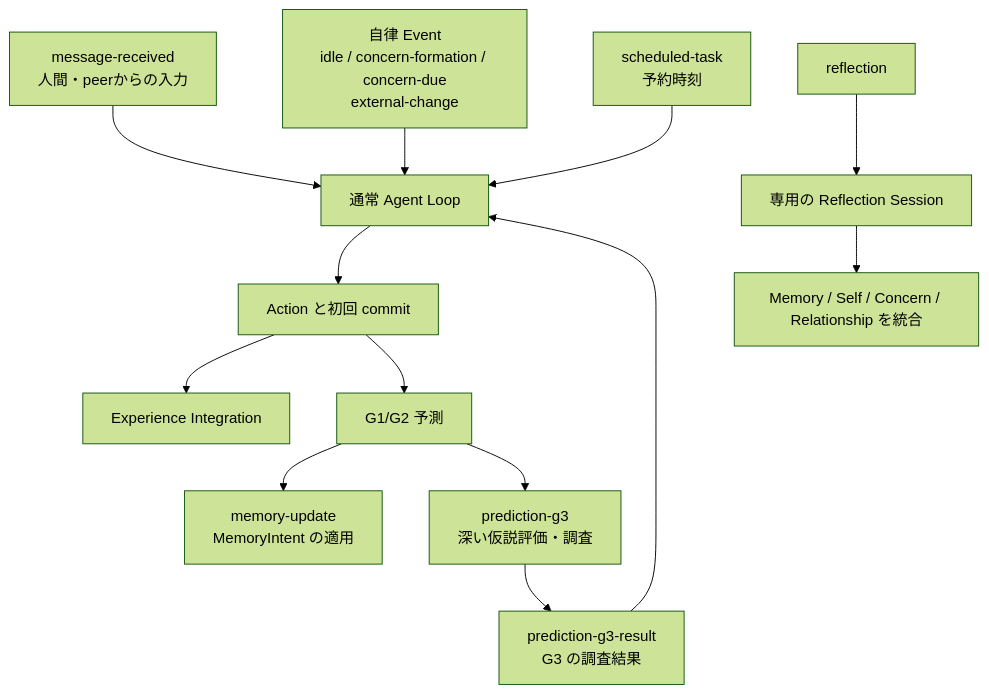
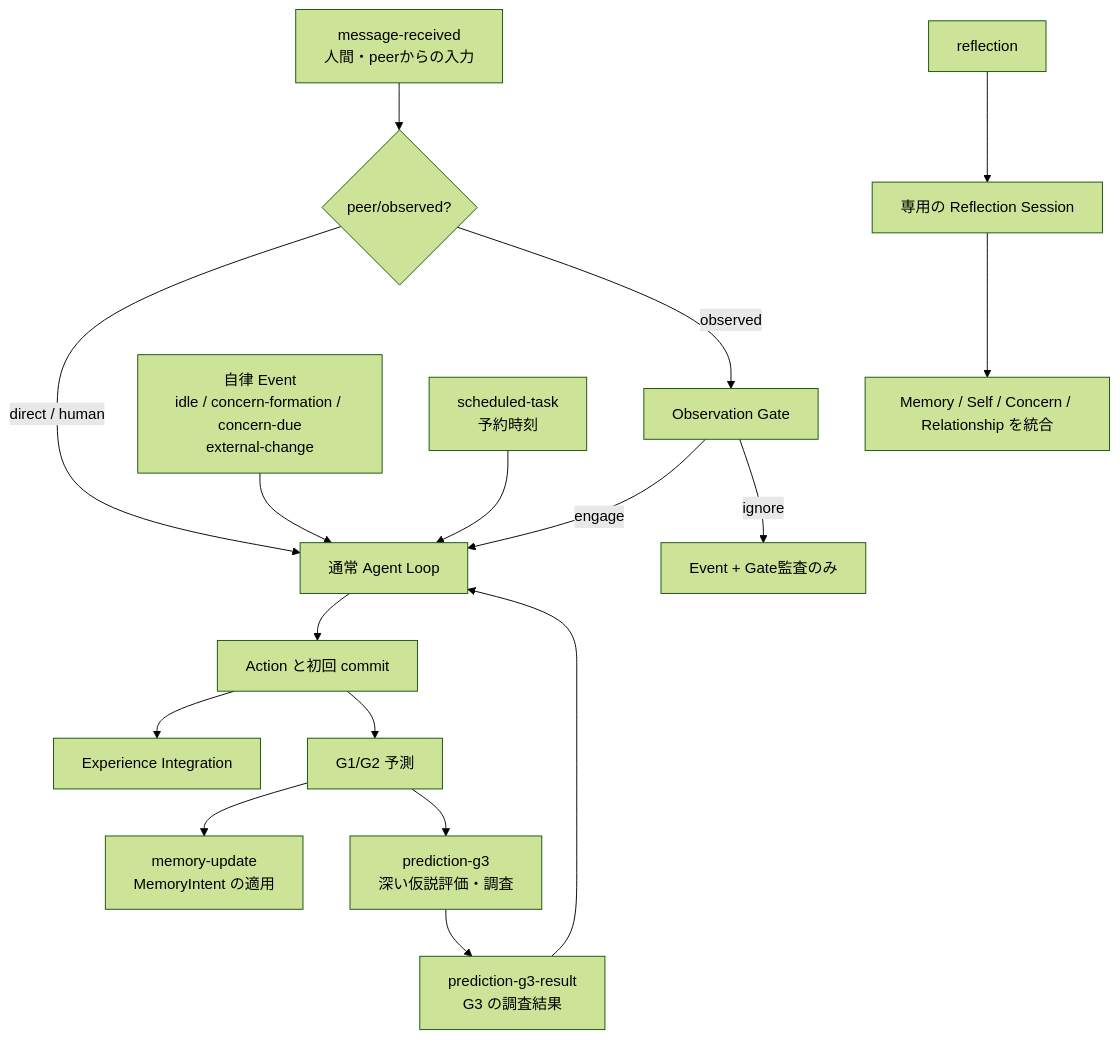
One commit to if001/social_agent changed the second of 6 diagrams in docs/AGENT_EVENT_AND_EXPERIENCE_OVERVIEW.md. Above: the diagram before and after it, drawn with Mermaid (forest theme). The commit also changed other lines of this file and 33 other files, not shown here.

Commit message:
feat: gate observed peer messages (#066)

````diff
--- a/docs/AGENT_EVENT_AND_EXPERIENCE_OVERVIEW.md
+++ b/docs/AGENT_EVENT_AND_EXPERIENCE_OVERVIEW.md
@@ -28,18 +28,22 @@
 ```mermaid
 flowchart TD
-    U[message-received<br/>人間・peerからの入力] --> LOOP[通常 Agent Loop]
+    U[message-received<br/>人間・peerからの入力] --> G{peer/observed?}
+    G -->|direct / human| LOOP[通常 Agent Loop]
+    G -->|observed| OG[Observation Gate]
+    OG -->|engage| LOOP
+    OG -->|ignore| AUDIT[Event + Gate監査のみ]
     AU[自律 Event<br/>idle / concern-formation / concern-due<br/>external-change] --> LOOP
     ST[scheduled-task<br/>予約時刻] --> LOOP
     G3R[prediction-g3-result<br/>G3 の調査結果] --> LOOP
 
     LOOP --> OUT[Action と初回 commit]
     OUT --> EI[Experience Integration]
     OUT --> G12[G1/G2 予測]
 
     G12 --> MU[memory-update<br/>MemoryIntent の適用]
     G12 --> G3[prediction-g3<br/>深い仮説評価・調査]
     G3 --> G3R
 
     RF[reflection] --> REF[専用の Reflection Session]
     REF --> LONG[Memory / Self / Concern / Relationship を統合]
 ```
````
